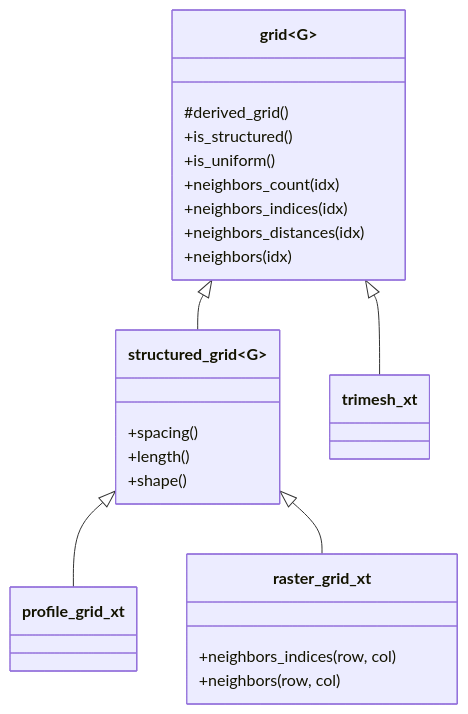
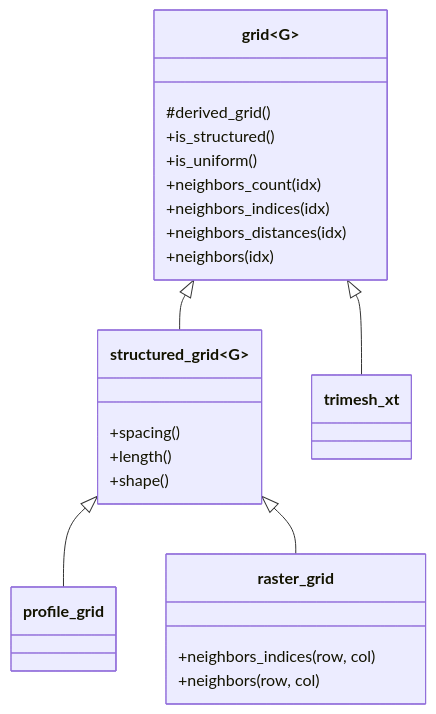
One commit to fastscape-lem/fastscapelib changed the first of 2 diagrams in doc/source/internals.md. Above: the diagram before and after it, drawn with Mermaid. The commit also changed 55 other files, not shown here.

````diff
--- a/doc/source/internals.md
+++ b/doc/source/internals.md
@@ -96,27 +96,27 @@
 ```{mermaid}
 classDiagram
     grid~G~ <|-- structured_grid~G~
     grid~G~ <|-- trimesh_xt
-    structured_grid~G~ <|-- profile_grid_xt
-    structured_grid~G~ <|-- raster_grid_xt
+    structured_grid~G~ <|-- profile_grid
+    structured_grid~G~ <|-- raster_grid
     class grid~G~{
         #derived_grid()
         +is_structured()
         +is_uniform()
         +neighbors_count(idx)
         +neighbors_indices(idx)
         +neighbors_distances(idx)
         +neighbors(idx)
     }
     class structured_grid~G~{
         +spacing()
         +length()
         +shape()
     }
-    class profile_grid_xt
-    class raster_grid_xt{
+    class profile_grid
+    class raster_grid{
         +neighbors_indices(row, col)
         +neighbors(row, col)
     }
     class trimesh_xt
 ```
````
